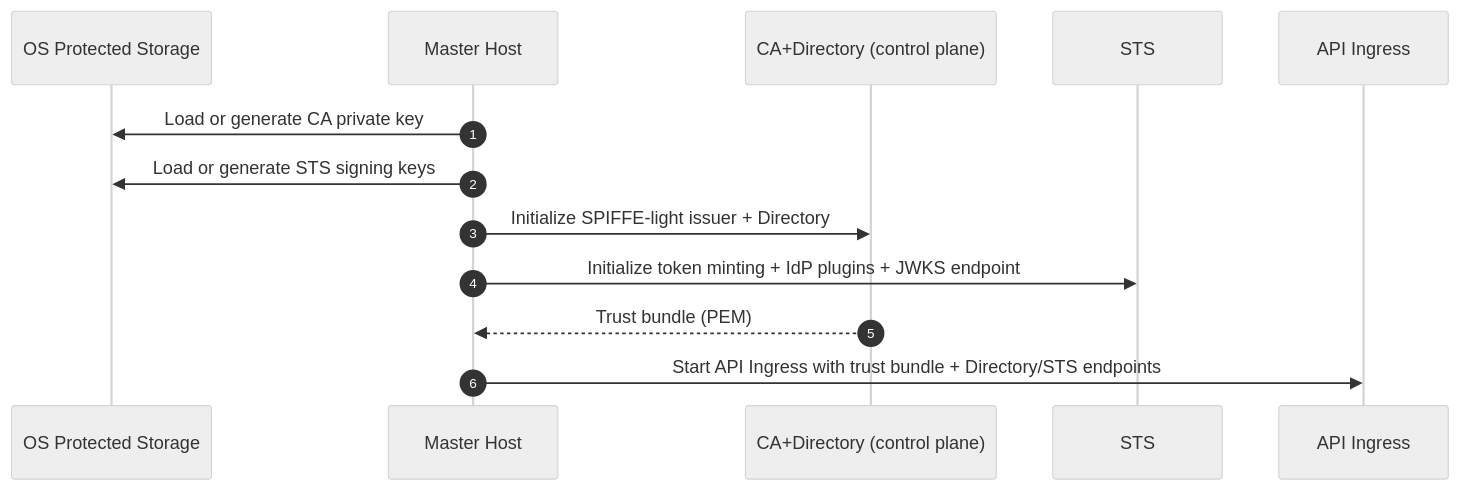
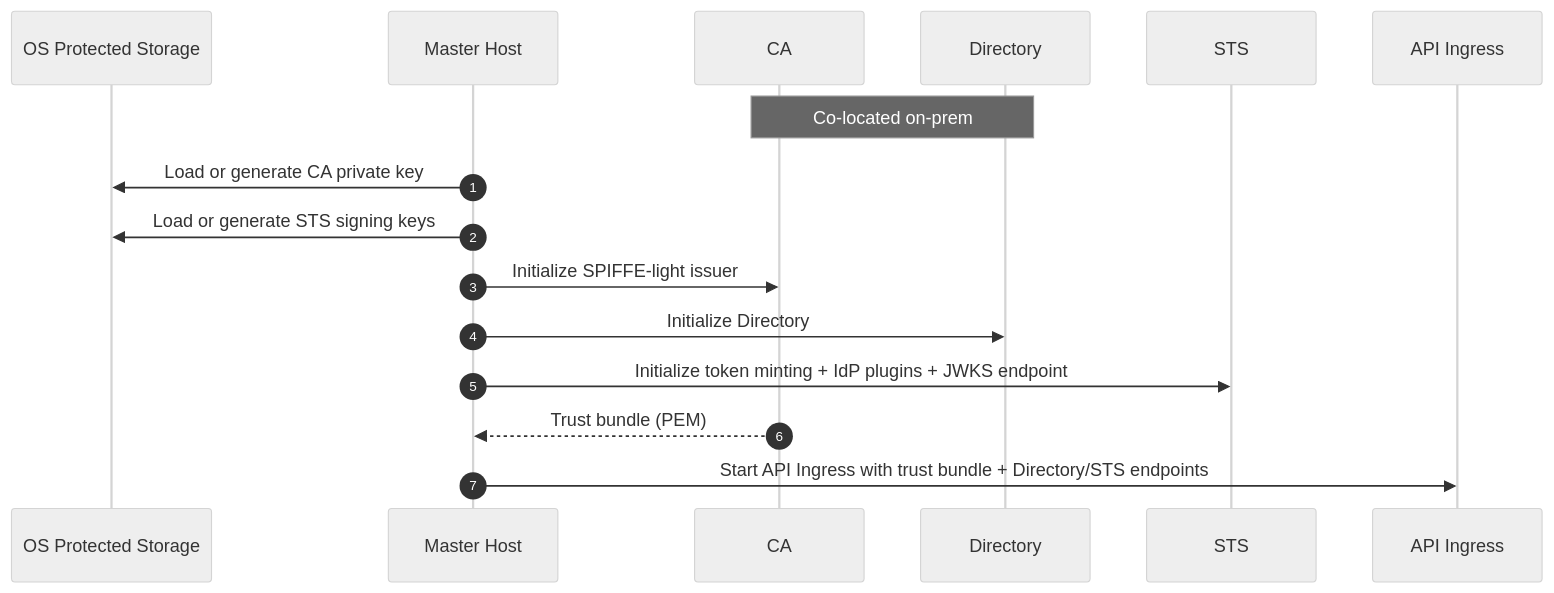
The first of 5 diagrams in modkit_zero_trust.MD (MikeFalcon77/modkit-zero-trust), drawn with Mermaid (neutral theme) before and after one commit. The commit also changed other lines of this file, not shown here.

First line of the commit message:
feat(zero-trust v2): clarify STS role, SPIFFE usage, bootstrap flows, and enforcement boundaries

````diff
--- a/modkit_zero_trust.MD
+++ b/modkit_zero_trust.MD
@@ -1209,16 +954,20 @@
 ```mermaid
 sequenceDiagram
   autonumber
   participant OS as OS Protected Storage
   participant MH as Master Host
-  participant CA as CA+Directory (control plane)
+  participant CA as CA
+  participant DIR as Directory
   participant STS as STS
   participant AG as API Ingress
 
+  Note over CA,DIR: Co-located on-prem
+
   MH->>OS: Load or generate CA private key
   MH->>OS: Load or generate STS signing keys
-  MH->>CA: Initialize SPIFFE-light issuer + Directory
+  MH->>CA: Initialize SPIFFE-light issuer
+  MH->>DIR: Initialize Directory
   MH->>STS: Initialize token minting + IdP plugins + JWKS endpoint
   CA-->>MH: Trust bundle (PEM)
   MH->>AG: Start API Ingress with trust bundle + Directory/STS endpoints
 ```
````
